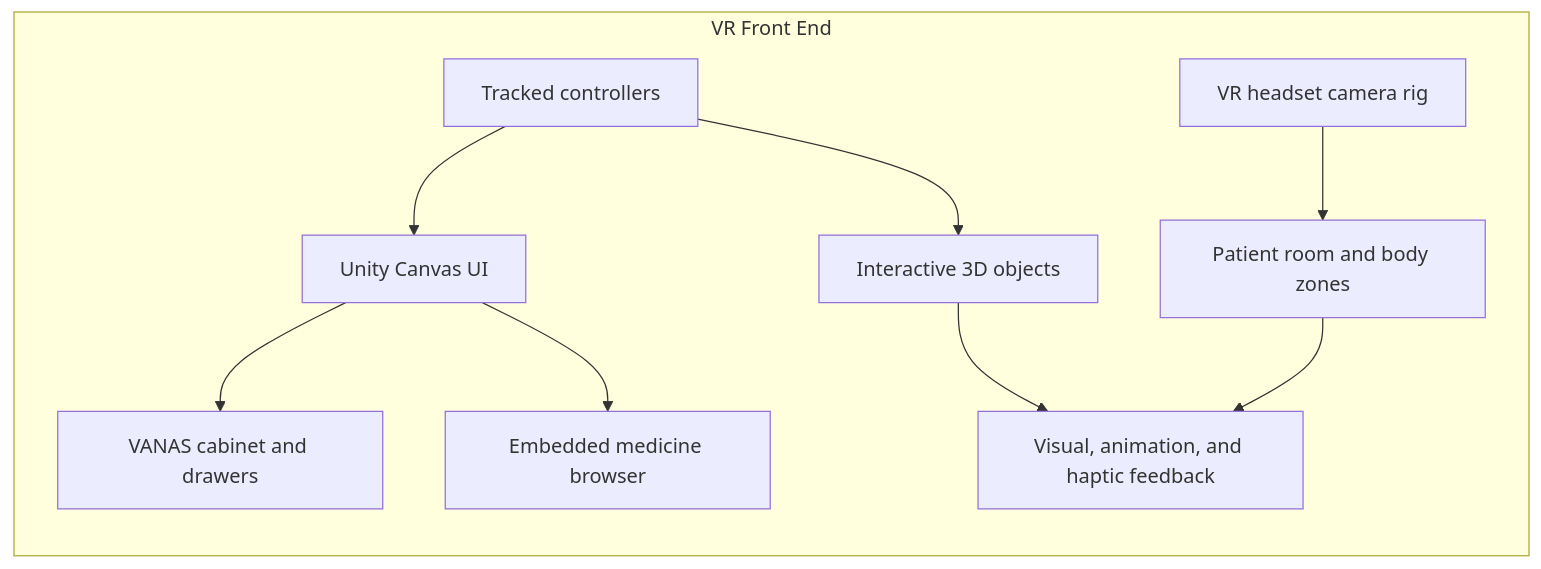
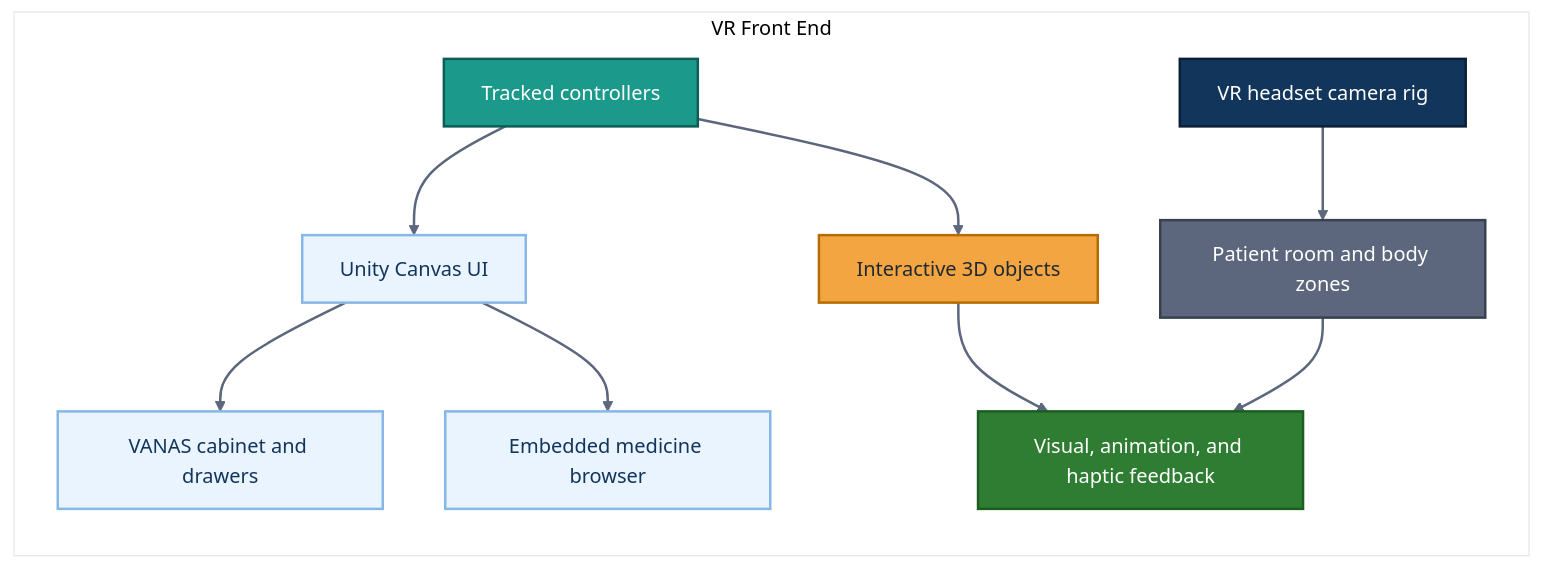
One commit to djdcybersecurity/vr-healthcare-simulator changed the third of 10 diagrams in README.md. Above: the diagram before and after it, drawn with Mermaid. The commit also changed other lines of this file, not shown here.

Commit message:
Improve README Mermaid diagrams

````diff
--- a/README.md
+++ b/README.md
@@ -191,21 +217,37 @@
 ```mermaid
+%%{init: {'theme': 'base', 'themeVariables': { 'primaryColor': '#EAF4FF', 'primaryTextColor': '#1F2933', 'primaryBorderColor': '#1B998B', 'lineColor': '#5C677D', 'secondaryColor': '#F7FBFF', 'tertiaryColor': '#FFFFFF', 'fontFamily': 'Arial'}}}%%
 flowchart LR
     subgraph front [VR Front End]
         headset["VR headset camera rig"]
         hands["Tracked controllers"]
         ui["Unity Canvas UI"]
         objects["Interactive 3D objects"]
         patient["Patient room and body zones"]
         cabinet["VANAS cabinet and drawers"]
         browser["Embedded medicine browser"]
         effects["Visual, animation, and haptic feedback"]
     end
 
     headset --> patient
     hands --> objects
     hands --> ui
     ui --> cabinet
     ui --> browser
     objects --> effects
     patient --> effects
+
+    class headset patientClass;
+    class hands inputClass;
+    class ui,cabinet,browser frontClass;
+    class objects actionClass;
+    class patient dataClass;
+    class effects successClass;
+
+    classDef patientClass fill:#12355B,color:#FFFFFF,stroke:#0B2038,stroke-width:2px;
+    classDef inputClass fill:#1B998B,color:#FFFFFF,stroke:#0E5E55,stroke-width:2px;
+    classDef frontClass fill:#EAF4FF,color:#12355B,stroke:#86B7E7,stroke-width:2px;
+    classDef actionClass fill:#F2A541,color:#1F2933,stroke:#B66D00,stroke-width:2px;
+    classDef dataClass fill:#5C677D,color:#FFFFFF,stroke:#374151,stroke-width:2px;
+    classDef successClass fill:#2E7D32,color:#FFFFFF,stroke:#1B5E20,stroke-width:2px;
+    linkStyle default stroke:#5C677D,stroke-width:2px;
 ```
````
